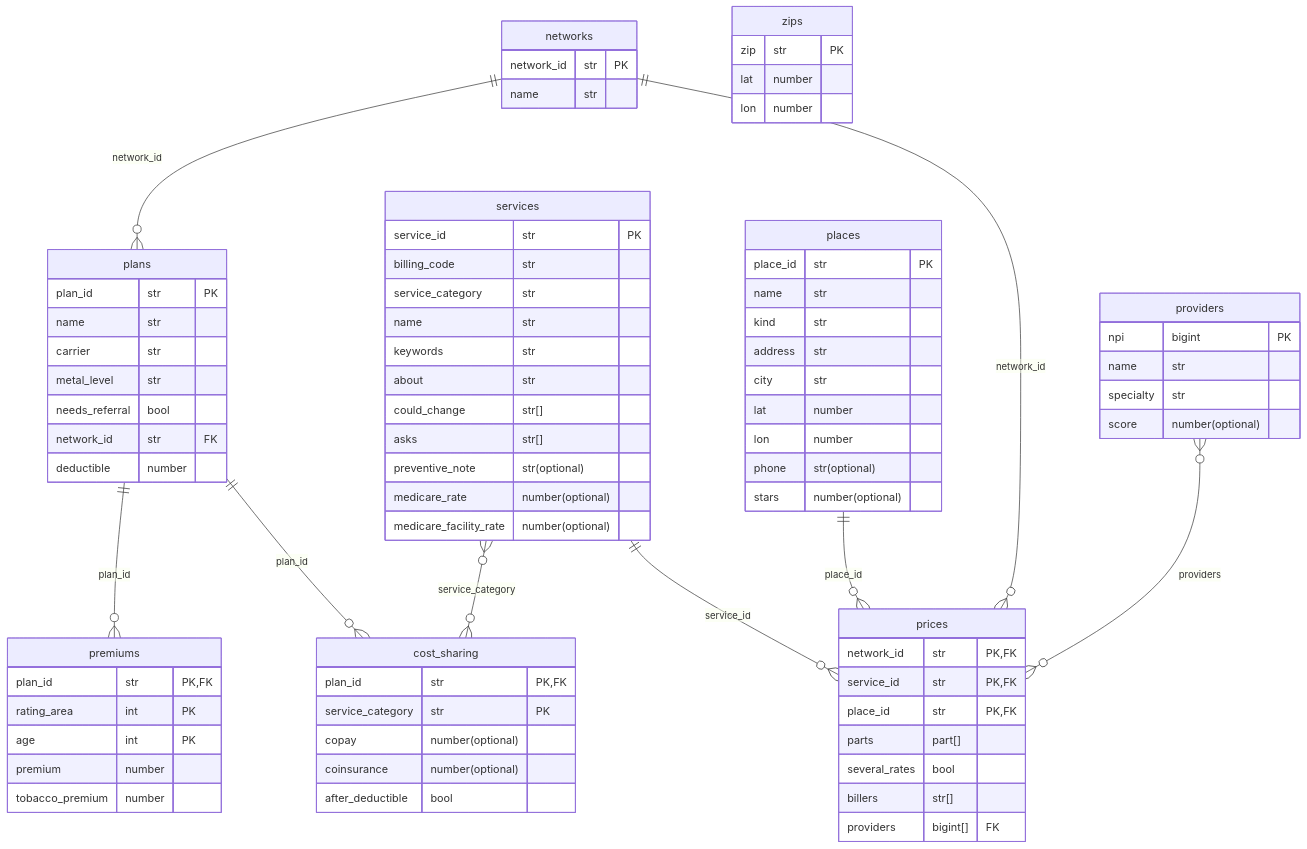
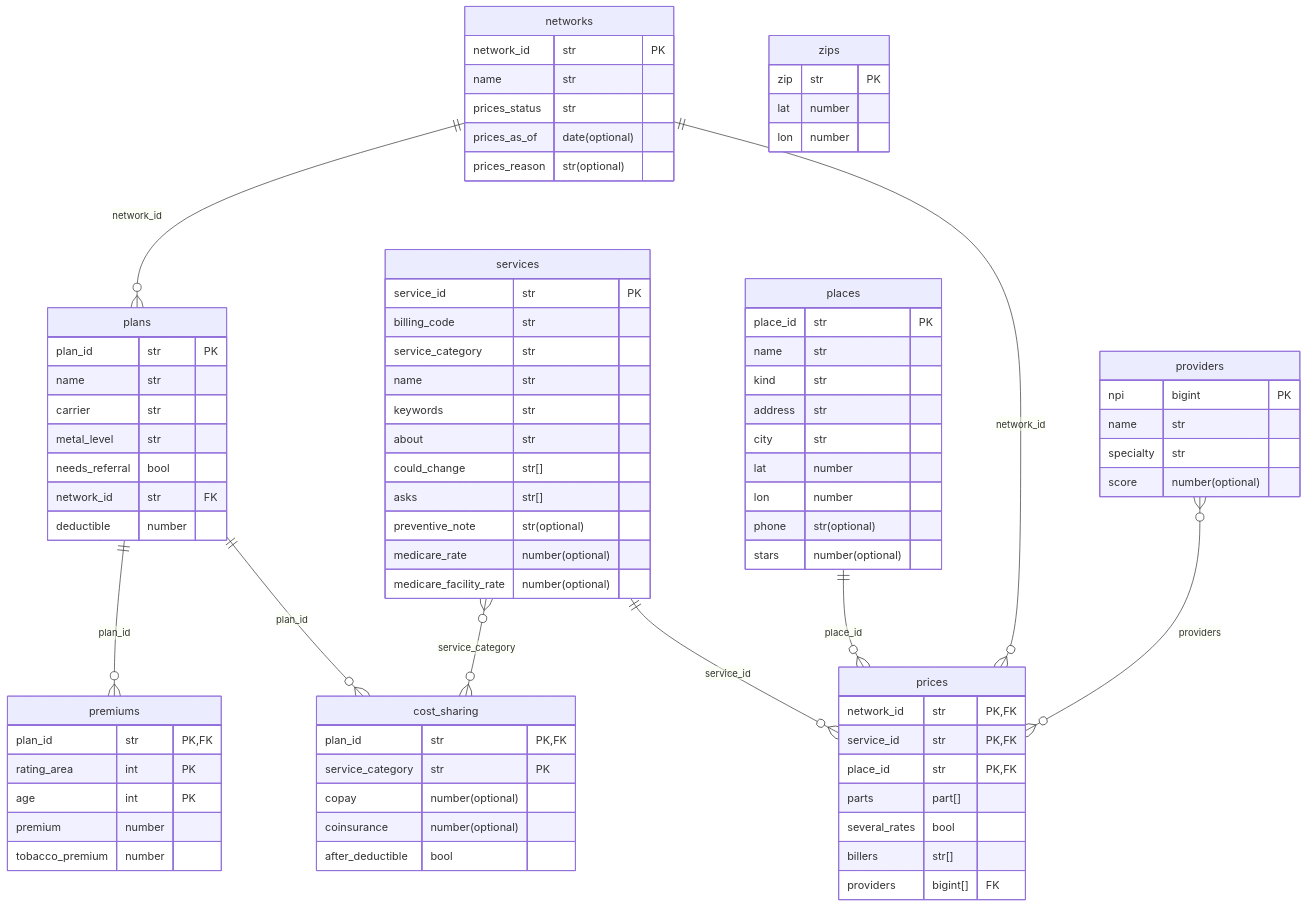
Before and after one commit to wmespi/honest-healthcare: the second of 3 diagrams in docs/architecture.md, drawn with Mermaid. The commit also changed 25 other files, not shown here.

```diff
--- a/docs/architecture.md
+++ b/docs/architecture.md
@@ -110,6 +110,9 @@
     networks {
         network_id str PK
         name str
+        prices_status str
+        prices_as_of date(optional)
+        prices_reason str(optional)
     }
     premiums {
         plan_id str PK, FK
```
